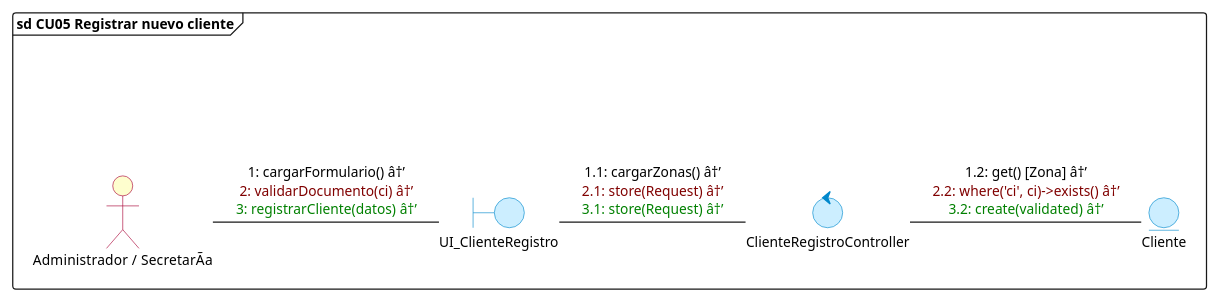
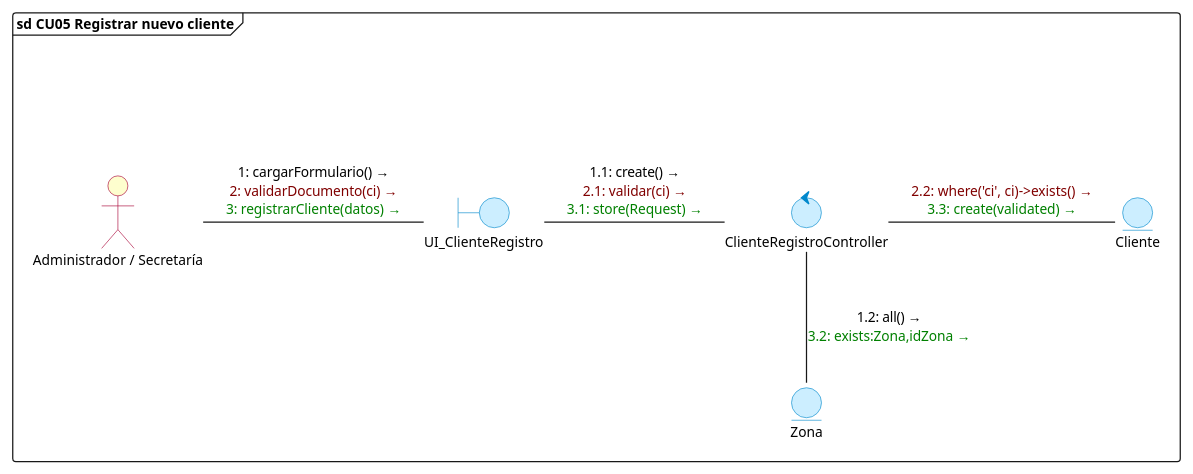
The fifth of 17 diagrams in diagramas/comunicacion/diagramas_comunicacion_todos_cu.puml (DiogoMars777/TELCOM-2.0), drawn with PlantUML before and after one commit. The commit also changed other lines of this file and 16 other files, not shown here.

Commit message:
docs: actualizar diagramas de comunicacion CU01 al CU17 con modelos y tablas canonicas de BD

```diff
--- a/diagramas/comunicacion/diagramas_comunicacion_todos_cu.puml
+++ b/diagramas/comunicacion/diagramas_comunicacion_todos_cu.puml
@@ -134,31 +144,34 @@
 @startuml cu05_registrar_nuevo_cliente
 skinparam backgroundColor white
 skinparam defaultFontName "Segoe UI"
 skinparam defaultFontSize 11
 skinparam interfaceBackgroundColor transparent
 skinparam interfaceBorderColor transparent
 skinparam actorBackgroundColor #FEFECE
 skinparam actorBorderColor #A80036
 skinparam boundaryBackgroundColor #CCEEFF
 skinparam boundaryBorderColor #0088CC
 skinparam controlBackgroundColor #CCEEFF
 skinparam controlBorderColor #0088CC
 skinparam entityBackgroundColor #CCEEFF
 skinparam entityBorderColor #0088CC
 
 frame "sd CU05 Registrar nuevo cliente" {
     () " " as spacer
-    actor "Administrador / SecretarÃ­a" as Admin
+    actor "Administrador / Secretaría" as Admin
     boundary UI_ClienteRegistro
     control ClienteRegistroController
     entity Cliente
+    entity Zona
 
     spacer -[hidden]down- Admin
 
-    Admin -right- UI_ClienteRegistro : <font color=#000000>1: cargarFormulario() â†’</font>\n<font color=#800000>2: validarDocumento(ci) â†’</font>\n<font color=#008000>3: registrarCliente(datos) â†’</font>
+    Admin -right- UI_ClienteRegistro : <font color=#000000>1: cargarFormulario() →</font>\n<font color=#800000>2: validarDocumento(ci) →</font>\n<font color=#008000>3: registrarCliente(datos) →</font>
 
-    UI_ClienteRegistro -right- ClienteRegistroController : <font color=#000000>1.1: cargarZonas() â†’</font>\n<font color=#800000>2.1: store(Request) â†’</font>\n<font color=#008000>3.1: store(Request) â†’</font>
+    UI_ClienteRegistro -right- ClienteRegistroController : <font color=#000000>1.1: create() →</font>\n<font color=#800000>2.1: validar(ci) →</font>\n<font color=#008000>3.1: store(Request) →</font>
 
-    ClienteRegistroController -right- Cliente : <font color=#000000>1.2: get() [Zona] â†’</font>\n<font color=#800000>2.2: where('ci', ci)->exists() â†’</font>\n<font color=#008000>3.2: create(validated) â†’</font>
+    ClienteRegistroController -right- Cliente : <font color=#800000>2.2: where('ci', ci)->exists() →</font>\n<font color=#008000>3.3: create(validated) →</font>
+
+    ClienteRegistroController -down- Zona : <font color=#000000>1.2: all() →</font>\n<font color=#008000>3.2: exists:Zona,idZona →</font>
 }
 @enduml
```
